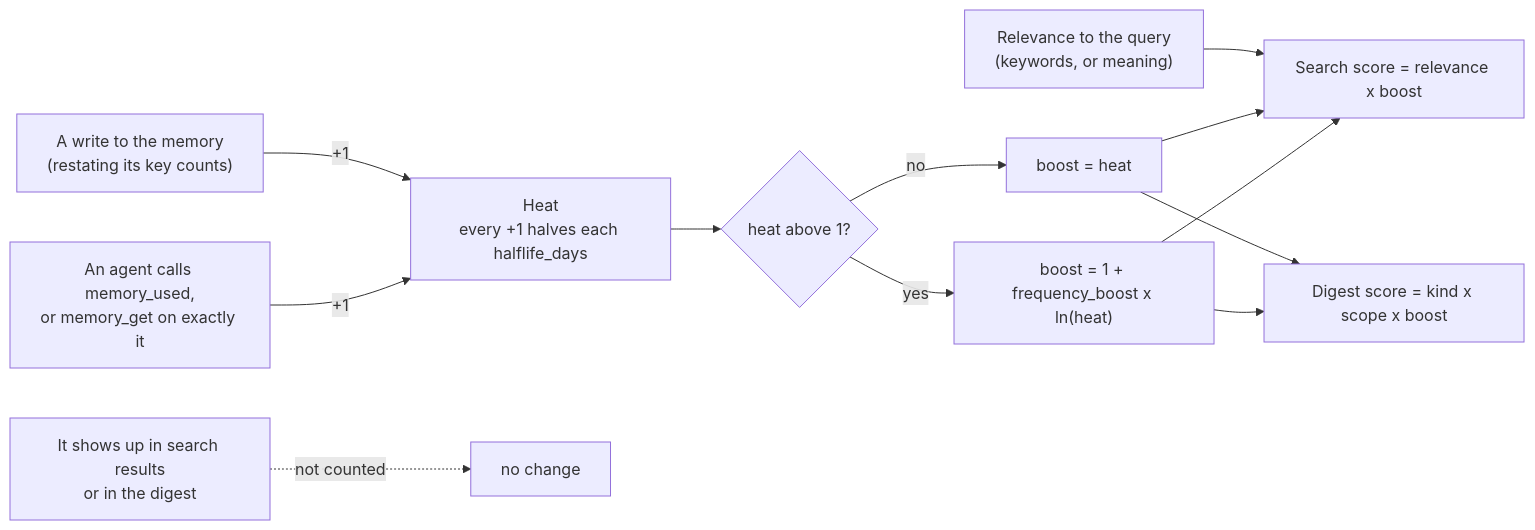
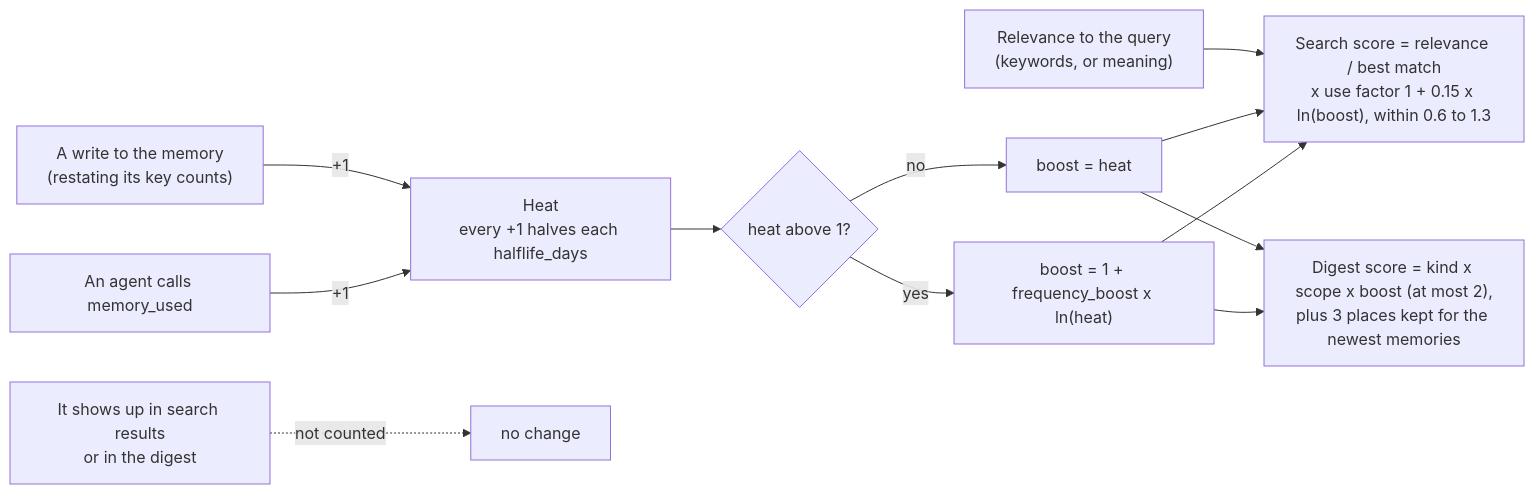
Before and after one commit to shockalotti/membraid: the diagram in docs/GETTING-STARTED.md, drawn with Mermaid. The commit also changed other lines of this file and 6 other files, not shown here.

First line of the commit message:
docs: principles and scope match what was decided; ranking and network described accurately

````diff
--- a/docs/GETTING-STARTED.md
+++ b/docs/GETTING-STARTED.md
@@ -378,14 +378,14 @@
 ```mermaid
 flowchart LR
     W["A write to the memory<br/>(restating its key counts)"] -->|"+1"| H
-    U["An agent calls memory_used,<br/>or memory_get on exactly it"] -->|"+1"| H
+    U["An agent calls memory_used"] -->|"+1"| H
     S["It shows up in search results<br/>or in the digest"] -.->|"not counted"| N["no change"]
     H["Heat<br/>every +1 halves each halflife_days"] --> C{"heat above 1?"}
     C -->|"no"| B1["boost = heat"]
     C -->|"yes"| B2["boost = 1 + frequency_boost x ln(heat)"]
     Q["Relevance to the query<br/>(keywords, or meaning)"] --> R
-    B1 --> R["Search score = relevance x boost"]
+    B1 --> R["Search score = relevance / best match<br/>x use factor 1 + 0.15 x ln(boost), within 0.6 to 1.3"]
     B2 --> R
-    B1 --> D["Digest score = kind x scope x boost"]
+    B1 --> D["Digest score = kind x scope x boost (at most 2),<br/>plus 3 places kept for the newest memories"]
     B2 --> D
 ```
````
